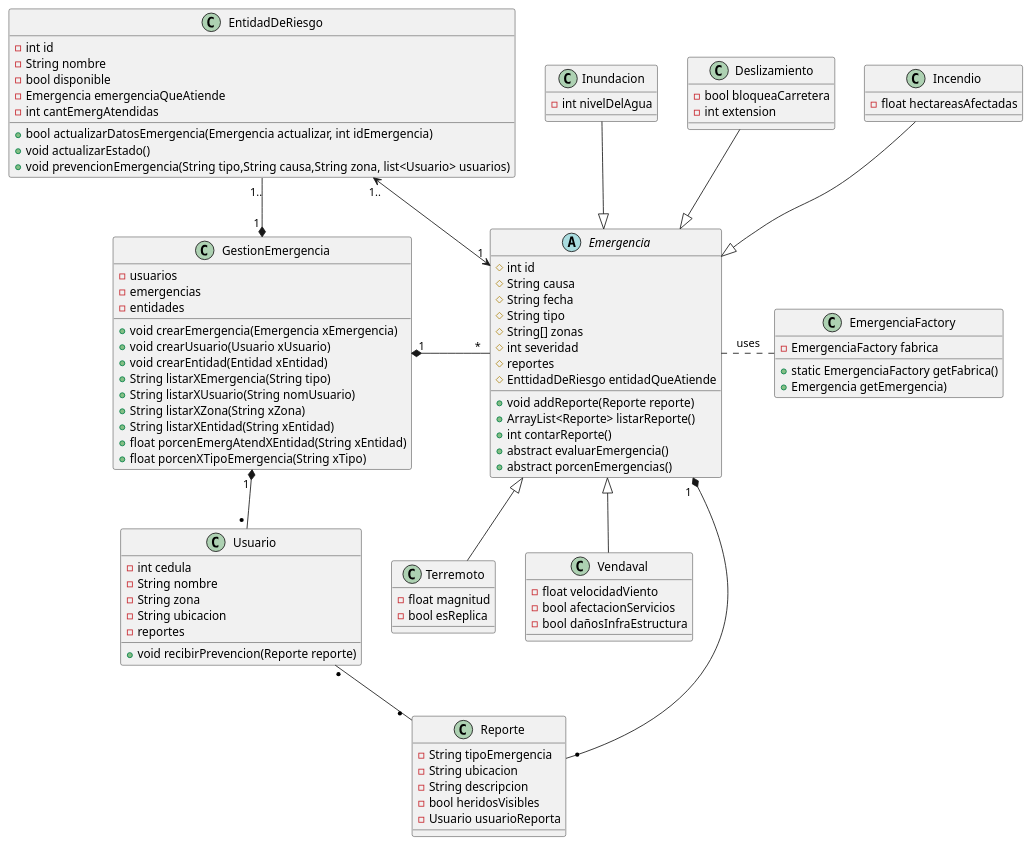
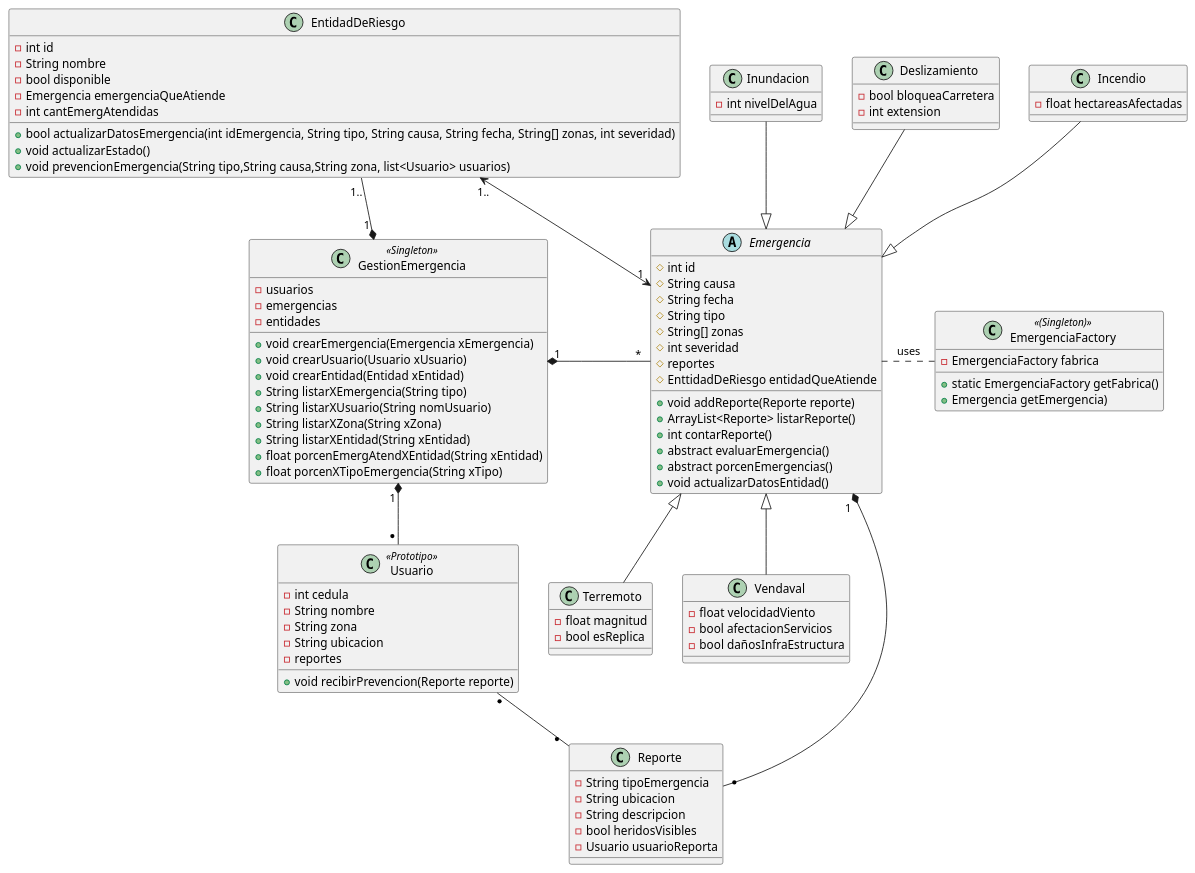
Before and after one commit to ruizal20/PROYECTODEPOO: the diagram in src/sg/modelo/diagramaemergencias.puml, drawn with PlantUML. The commit also changed 4 other files, not shown here.

```diff
--- a/src/sg/modelo/diagramaemergencias.puml
+++ b/src/sg/modelo/diagramaemergencias.puml
@@ -1,110 +1,111 @@
 @startuml
 abstract class Emergencia{
     #int id
     #String causa
     #String fecha
     #String tipo
     #String[] zonas
     #int severidad
     #reportes
     #EnttidadDeRiesgo entidadQueAtiende
 
     +void addReporte(Reporte reporte)
     +ArrayList<Reporte> listarReporte()
     +int contarReporte()
     +abstract evaluarEmergencia()
     +abstract porcenEmergencias()
+    +void actualizarDatosEntidad()
 }
 
-class EmergenciaFactory{
+class EmergenciaFactory<<(Singleton)>>{
     -EmergenciaFactory fabrica
     
     +static EmergenciaFactory getFabrica()
     + Emergencia getEmergencia)
 }
 
 class Inundacion{
     -int nivelDelAgua
 }
 
 class Terremoto{
     -float magnitud
     -bool esReplica
 }
 
 class Deslizamiento{
     -bool bloqueaCarretera
     -int extension
 }
 
 class Incendio{
     -float hectareasAfectadas
 }
 
 class Vendaval{
     -float velocidadViento
     -bool afectacionServicios
     -bool dañosInfraEstructura
 }
 
-class Usuario {
+class Usuario <<Prototipo>>{
     -int cedula
     -String nombre
     -String zona
     -String ubicacion
     -reportes
 
     +void recibirPrevencion(Reporte reporte)
 }
 
 class EntidadDeRiesgo{
     -int id
     -String nombre
     -bool disponible
     -Emergencia emergenciaQueAtiende
     -int cantEmergAtendidas
 
-    +bool actualizarDatosEmergencia(Emergencia actualizar, int idEmergencia)
+    +bool actualizarDatosEmergencia(int idEmergencia, String tipo, String causa, String fecha, String[] zonas, int severidad)
     +void actualizarEstado()
     +void prevencionEmergencia(String tipo,String causa,String zona, list<Usuario> usuarios)
 }
 
 class Reporte{
     -String tipoEmergencia
     -String ubicacion
     -String descripcion
     -bool heridosVisibles
     -Usuario usuarioReporta
 }
 
-class GestionEmergencia{
+class GestionEmergencia <<Singleton>>{
     -usuarios
     -emergencias
     -entidades
     
     +void crearEmergencia(Emergencia xEmergencia)
     +void crearUsuario(Usuario xUsuario)
     +void crearEntidad(Entidad xEntidad)
     +String listarXEmergencia(String tipo)
     +String listarXUsuario(String nomUsuario)
     +String listarXZona(String xZona)
     +String listarXEntidad(String xEntidad)
     +float porcenEmergAtendXEntidad(String xEntidad)
     +float porcenXTipoEmergencia(String xTipo)
 }
 
 
 Inundacion --|> Emergencia 
 Terremoto -up-|> Emergencia  
 Deslizamiento --|> Emergencia  
 Incendio --|> Emergencia  
 Vendaval -up-|> Emergencia  
 Reporte "* " -up-* "1  " Emergencia
 Reporte "* " -up- "*  " Usuario
 Emergencia .right.. EmergenciaFactory : uses
 EntidadDeRiesgo "1.." <-up-> "1" Emergencia
 GestionEmergencia "1 " *-down- "* " Usuario 
 GestionEmergencia "1 " *-right- "  * " Emergencia 
 GestionEmergencia "1 " *-up- "1.." EntidadDeRiesgo 
 
 @enduml
```
